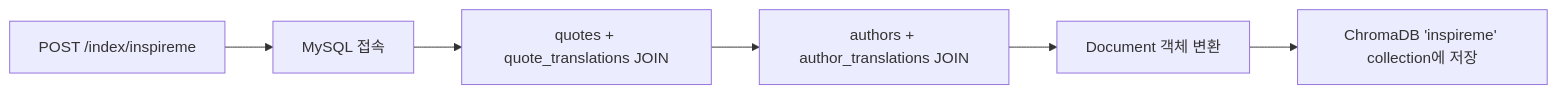
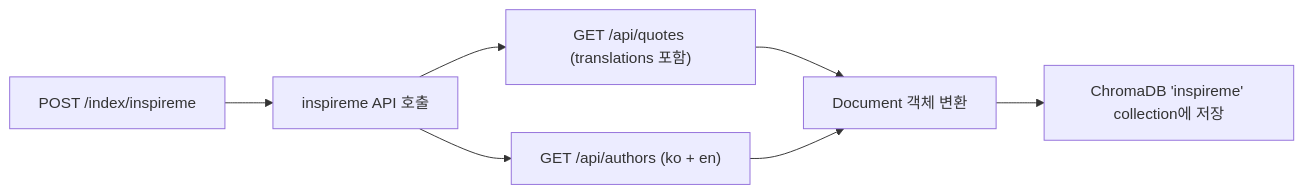
Before and after one commit to kenshin579/ai-chatbot.advenoh.pe.kr: the first of 2 diagrams in docs/start/3_inspire_bot_prd.md, drawn with Mermaid. The commit also changed other lines of this file and 2 other files, not shown here.

First line of the commit message:
docs: inspireme 챗봇 문서 업데이트 (auto-indexing 반영 + DB→API 방식 변경) (#27)

````diff
--- a/docs/start/3_inspire_bot_prd.md
+++ b/docs/start/3_inspire_bot_prd.md
@@ -110,8 +110,9 @@
 ```mermaid
 flowchart LR
-    A["POST /index/inspireme"] --> B["MySQL 접속"]
-    B --> C["quotes + quote_translations JOIN"]
-    C --> D["authors + author_translations JOIN"]
-    D --> E["Document 객체 변환"]
+    A["POST /index/inspireme"] --> B["inspireme API 호출"]
+    B --> C["GET /api/quotes (translations 포함)"]
+    B --> D["GET /api/authors (ko + en)"]
+    C --> E["Document 객체 변환"]
+    D --> E
     E --> F["ChromaDB 'inspireme' collection에 저장"]
 ```
````
